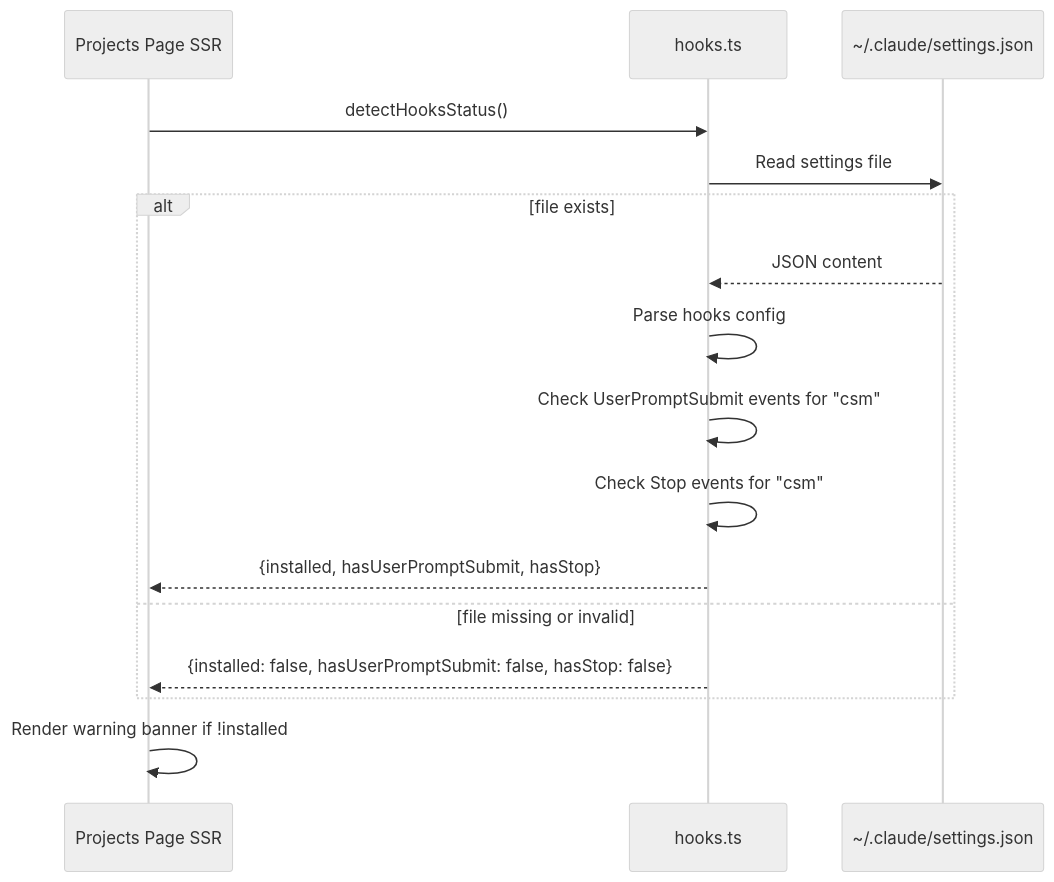
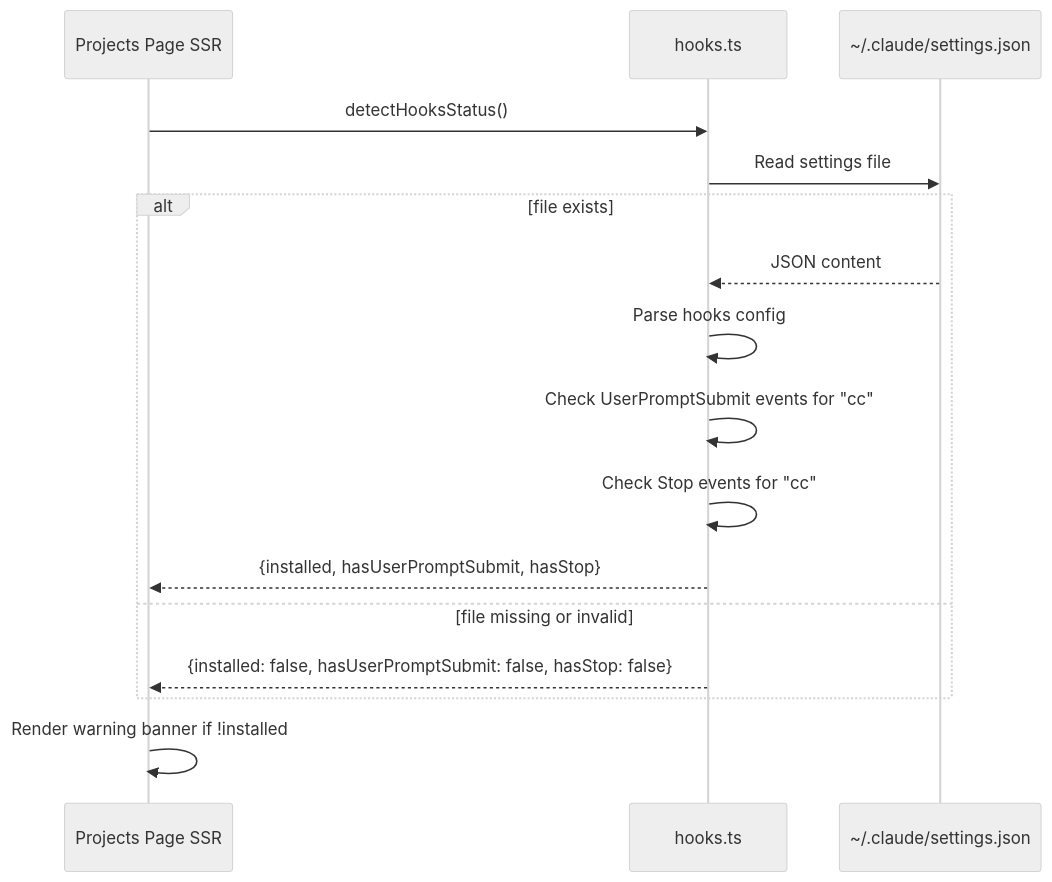
Before and after one commit to amhuppert/remote-ai-manager: the third of 3 diagrams in .kiro/specs/hook-integration/design.md, drawn with Mermaid (neutral theme). The commit also changed other lines of this file and 141 other files, not shown here.

````diff
--- a/.kiro/specs/hook-integration/design.md
+++ b/.kiro/specs/hook-integration/design.md
@@ -126,19 +126,19 @@
 ```mermaid
 sequenceDiagram
     participant Page as Projects Page SSR
     participant Hooks as hooks.ts
     participant FS as ~/.claude/settings.json
 
     Page->>Hooks: detectHooksStatus()
     Hooks->>FS: Read settings file
     alt file exists
         FS-->>Hooks: JSON content
         Hooks->>Hooks: Parse hooks config
-        Hooks->>Hooks: Check UserPromptSubmit events for "csm"
-        Hooks->>Hooks: Check Stop events for "csm"
+        Hooks->>Hooks: Check UserPromptSubmit events for "cc"
+        Hooks->>Hooks: Check Stop events for "cc"
         Hooks-->>Page: {installed, hasUserPromptSubmit, hasStop}
     else file missing or invalid
         Hooks-->>Page: {installed: false, hasUserPromptSubmit: false, hasStop: false}
     end
     Page->>Page: Render warning banner if !installed
 ```
````
